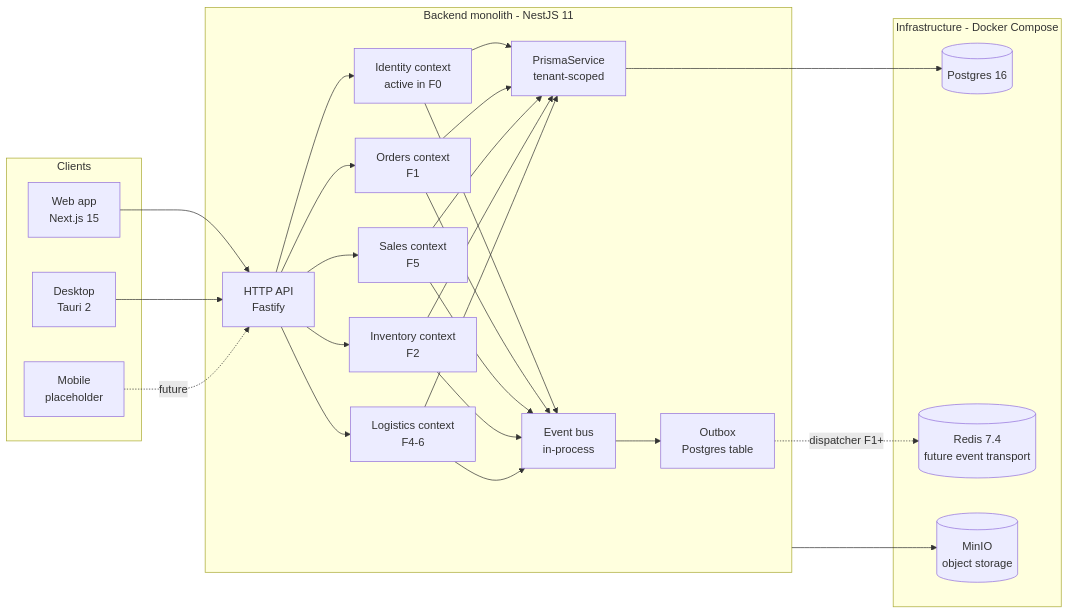
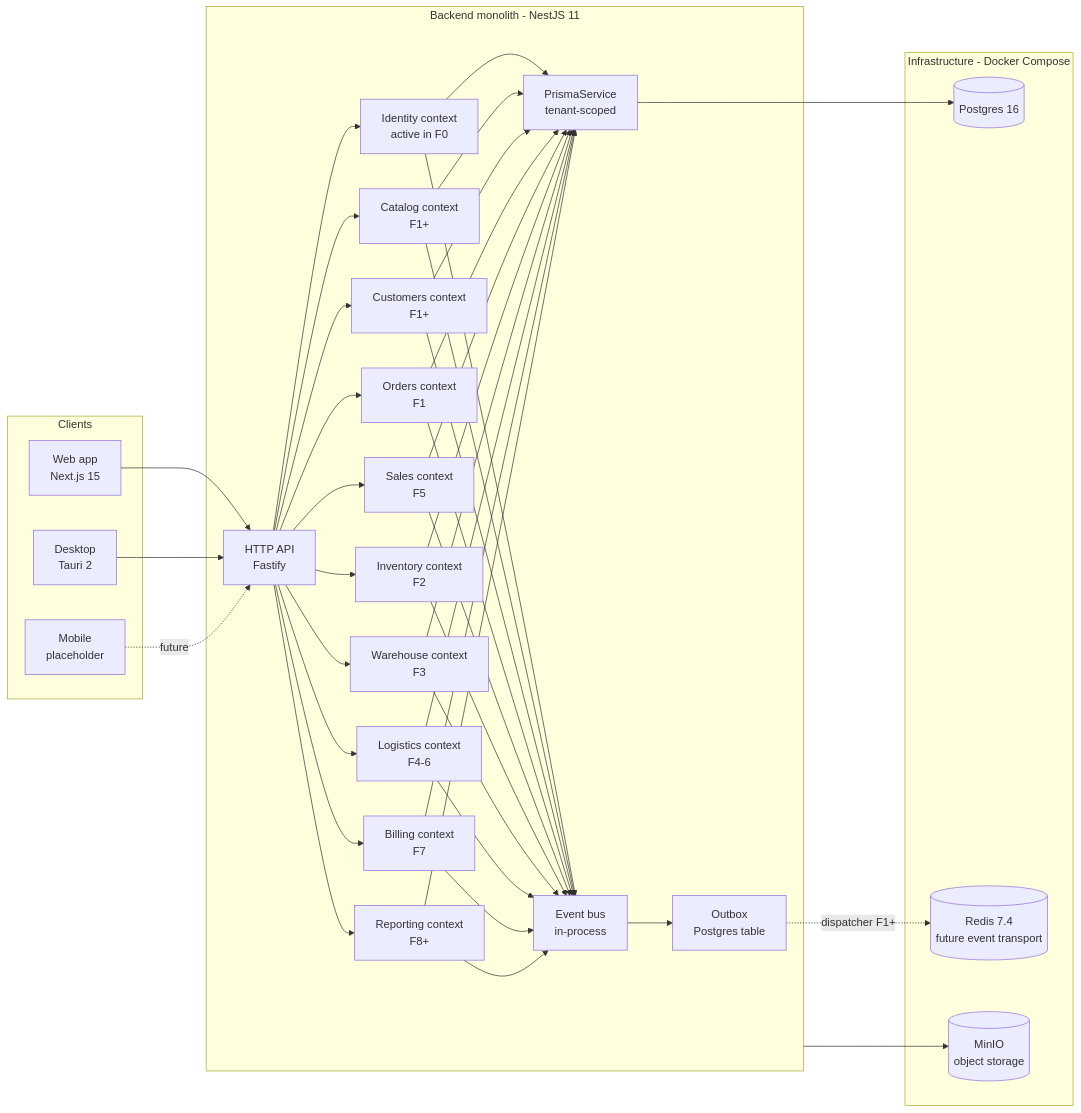
The diagram in docs/architecture/overview.md (kevin-esq/binexus-platform), drawn with Mermaid before and after one commit. The commit also changed 25 other files, not shown here.

````diff
--- a/docs/architecture/overview.md
+++ b/docs/architecture/overview.md
@@ -11,49 +11,69 @@
 ```mermaid
 flowchart LR
     subgraph clients[Clients]
         web[Web app<br/>Next.js 15]
         desktop[Desktop<br/>Tauri 2]
         mobile[Mobile<br/>placeholder]
     end
 
     subgraph backend[Backend monolith - NestJS 11]
         api[HTTP API<br/>Fastify]
         identity[Identity context<br/>active in F0]
         orders[Orders context<br/>F1]
+        catalog[Catalog context<br/>F1+]
+        customers[Customers context<br/>F1+]
         sales[Sales context<br/>F5]
         inventory[Inventory context<br/>F2]
+        warehouse[Warehouse context<br/>F3]
         logistics[Logistics context<br/>F4-6]
+        billing[Billing context<br/>F7]
+        reporting[Reporting context<br/>F8+]
         bus[Event bus<br/>in-process]
         outbox[Outbox<br/>Postgres table]
         prisma[PrismaService<br/>tenant-scoped]
     end
 
     subgraph infra[Infrastructure - Docker Compose]
         pg[("Postgres 16")]
         redis[("Redis 7.4<br/>future event transport")]
         minio[("MinIO<br/>object storage")]
     end
 
     web --> api
     desktop --> api
     mobile -. future .-> api
     api --> identity
+    api --> catalog
+    api --> customers
     api --> orders
     api --> sales
     api --> inventory
+    api --> warehouse
     api --> logistics
+    api --> billing
+    api --> reporting
     identity --> bus
+    catalog --> bus
+    customers --> bus
     orders --> bus
     sales --> bus
     inventory --> bus
+    warehouse --> bus
     logistics --> bus
+    billing --> bus
+    reporting --> bus
     bus --> outbox
     outbox -. dispatcher F1+ .-> redis
     identity --> prisma
+    catalog --> prisma
+    customers --> prisma
     orders --> prisma
     sales --> prisma
     inventory --> prisma
+    warehouse --> prisma
     logistics --> prisma
+    billing --> prisma
+    reporting --> prisma
     prisma --> pg
     backend --> minio
 ```
````
